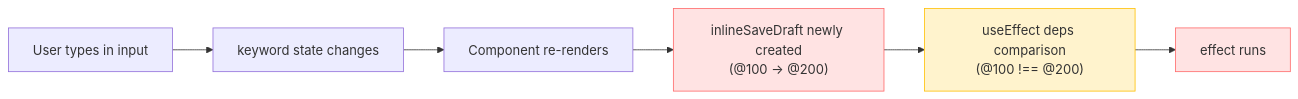
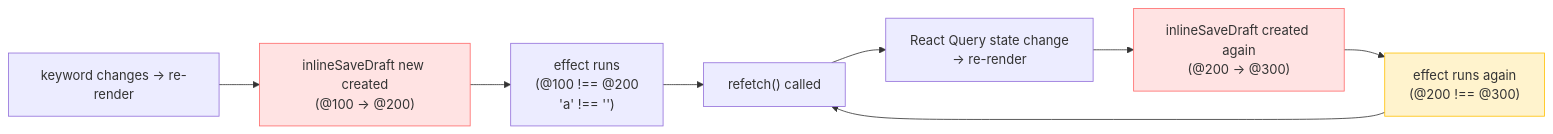
The tenth of 17 diagrams in markdown/2026-01-18/en/content.mdx (codefug/codefug.github.io), drawn with Mermaid before and after one commit. The commit also changed other lines of this file and 2 other files, not shown here.

````diff
--- a/markdown/2026-01-18/en/content.mdx
+++ b/markdown/2026-01-18/en/content.mdx
@@ -768,12 +690,14 @@
 ```mermaid
 flowchart LR
-    A["User types in input"] --> B["keyword state changes"]
-    B --> C["Component re-renders"]
-    C --> D["inlineSaveDraft newly created<br/>(@100 → @200)"]
-    D --> E["useEffect deps comparison<br/>(@100 !== @200)"]
-    E --> F["effect runs"]
-    
-    style D fill:#ffe3e3,stroke:#ff6b6b
-    style E fill:#fff3cd,stroke:#ffc107
+    A["keyword changes → re-render"] --> B["inlineSaveDraft new created<br/>(@100 → @200)"]
+    B --> C["effect runs<br/>(@100 !== @200<br/>'a' !== '')"]
+    C --> D["refetch() called"]
+    D --> E["React Query state change<br/>→ re-render"]
+    E --> F["inlineSaveDraft created again<br/>(@200 → @300)"]
+    F --> G["effect runs again<br/>(@200 !== @300)"]
+    G --> D
+
+    style B fill:#ffe3e3,stroke:#ff6b6b
     style F fill:#ffe3e3,stroke:#ff6b6b
+    style G fill:#fff3cd,stroke:#ffc107
 ```
````
